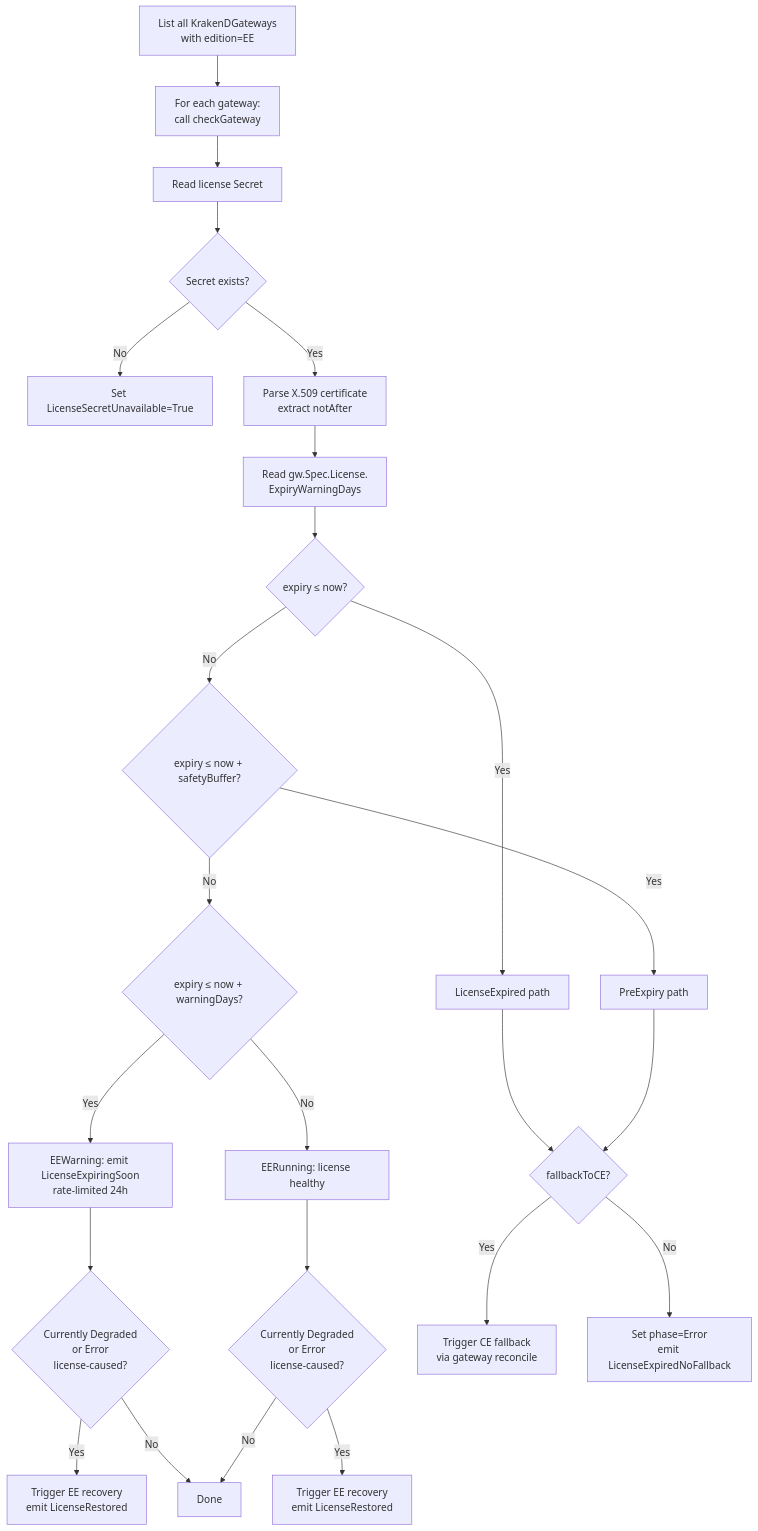
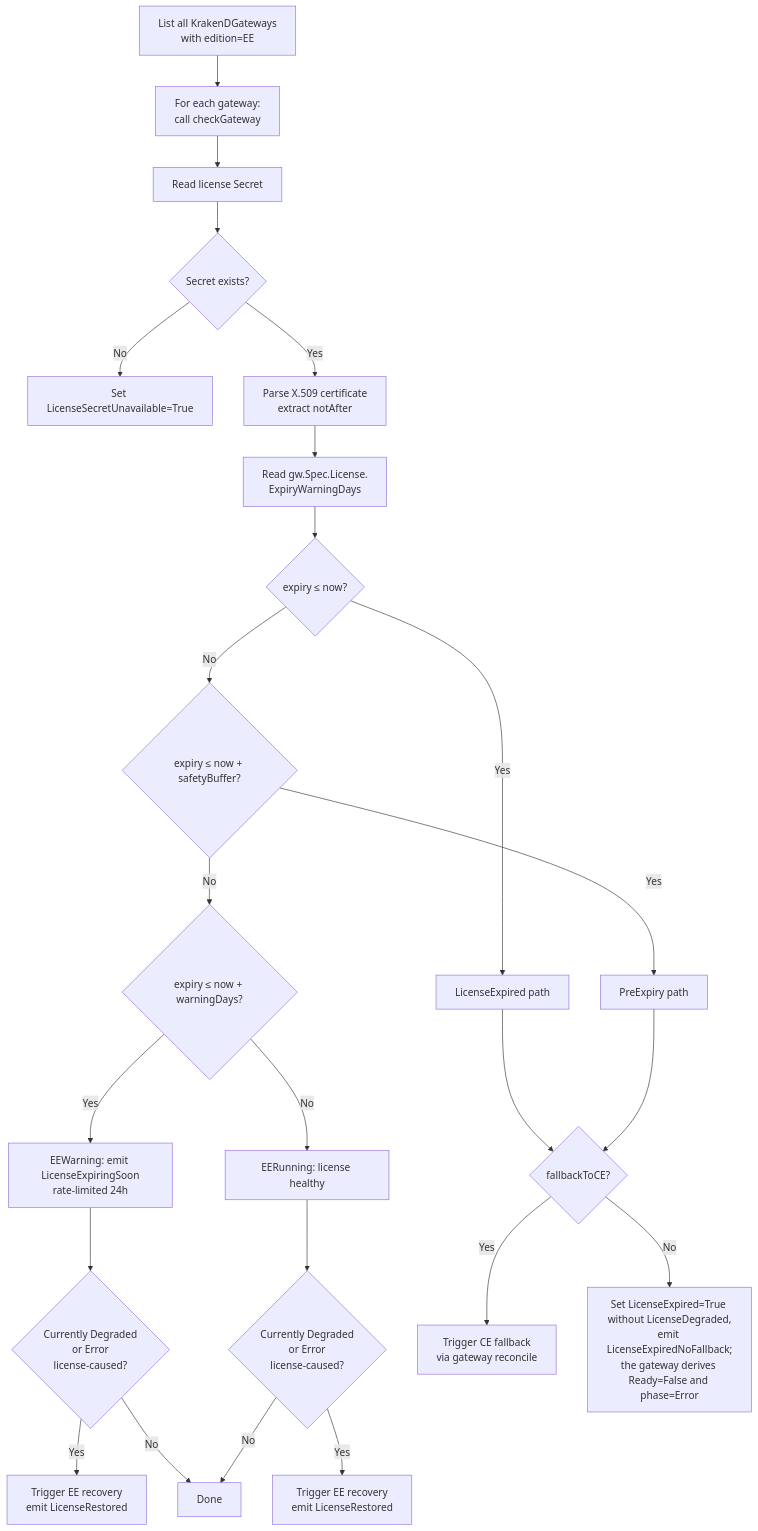
Before and after one commit to MyCarrier-DevOps/KrakenD-Operator: the seventh of 10 diagrams in architecture/application/application-architecture.md, drawn with Mermaid. The commit also changed other lines of this file, not shown here.

First line of the commit message:
docs(architecture): describe the derived status model

````diff
--- a/architecture/application/application-architecture.md
+++ b/architecture/application/application-architecture.md
@@ -1382,26 +1397,26 @@
 ```mermaid
 flowchart TD
     A[List all KrakenDGateways<br/>with edition=EE] --> B[For each gateway:<br/>call checkGateway]
     B --> C[Read license Secret]
     C --> D{Secret exists?}
     D -->|No| E[Set LicenseSecretUnavailable=True]
     D -->|Yes| F[Parse X.509 certificate<br/>extract notAfter]
     F --> F1[Read gw.Spec.License.<br/>ExpiryWarningDays]
     F1 --> G{expiry ≤ now?}
     G -->|Yes| H[LicenseExpired path]
     G -->|No| I{expiry ≤ now + safetyBuffer?}
     I -->|Yes| J[PreExpiry path]
     I -->|No| K{expiry ≤ now + warningDays?}
     K -->|Yes| L[EEWarning: emit LicenseExpiringSoon<br/>rate-limited 24h]
     L --> L1{Currently Degraded<br/>or Error<br/>license-caused?}
     L1 -->|Yes| L2[Trigger EE recovery<br/>emit LicenseRestored]
     L1 -->|No| DONE[Done]
     K -->|No| M[EERunning: license healthy]
     M --> M1{Currently Degraded<br/>or Error<br/>license-caused?}
     M1 -->|Yes| M2[Trigger EE recovery<br/>emit LicenseRestored]
     M1 -->|No| DONE
     H --> N{fallbackToCE?}
     J --> N
     N -->|Yes| O[Trigger CE fallback<br/>via gateway reconcile]
-    N -->|No| P[Set phase=Error<br/>emit LicenseExpiredNoFallback]
+    N -->|No| P[Set LicenseExpired=True without LicenseDegraded,<br/>emit LicenseExpiredNoFallback;<br/>the gateway derives Ready=False and phase=Error]
 ```
````
